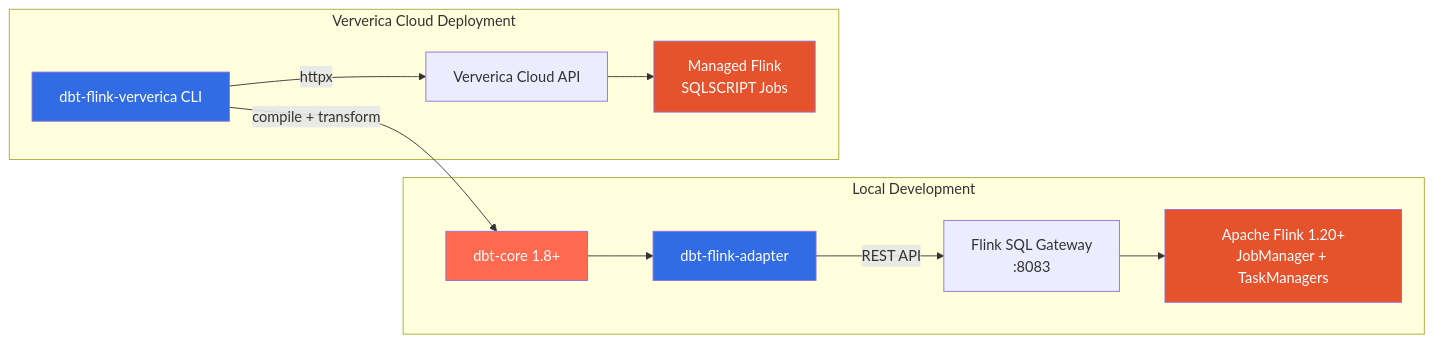
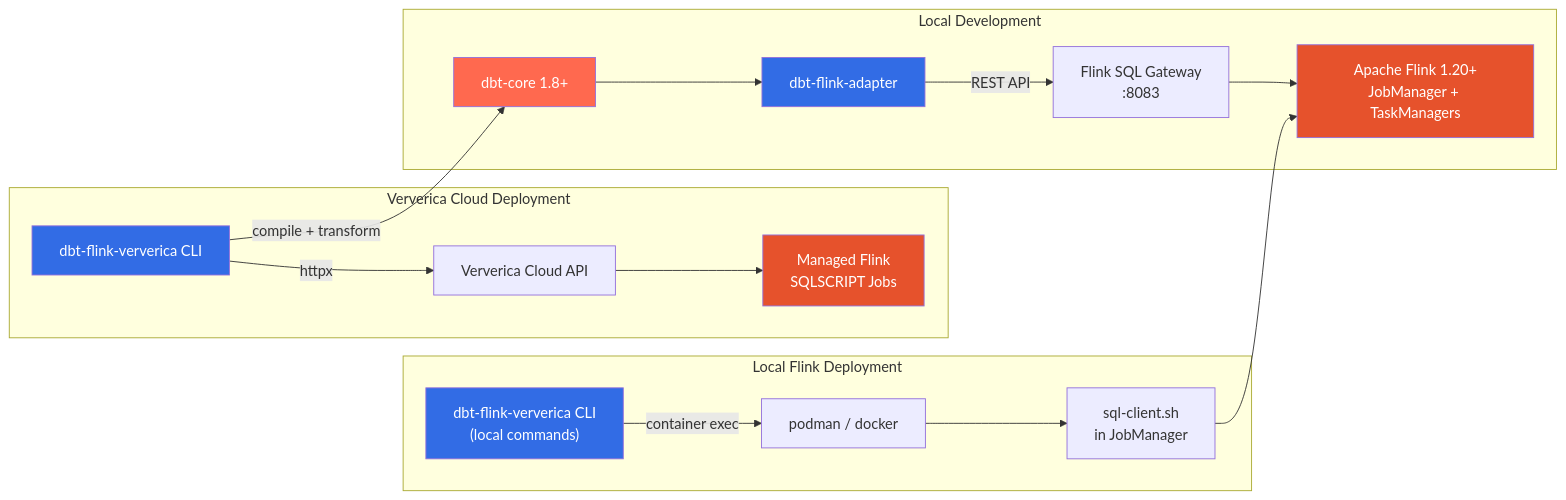
The diagram in docs/index.md (Ugbot/dbt-flink-adapter), drawn with Mermaid before and after one commit. The commit also changed other lines of this file and 133 other files, not shown here.

First line of the commit message:
Migrate dbt-flink-adapter to flink-gateway library with CDC and deployment support

````diff
--- a/docs/index.md
+++ b/docs/index.md
@@ -9,27 +9,37 @@
 ```mermaid
 graph LR
     subgraph "Local Development"
         DBT["dbt-core 1.8+"]
         ADAPTER["dbt-flink-adapter"]
         GW["Flink SQL Gateway<br/>:8083"]
         FLINK["Apache Flink 1.20+<br/>JobManager + TaskManagers"]
         DBT --> ADAPTER
         ADAPTER -->|REST API| GW
         GW --> FLINK
     end
 
     subgraph "Ververica Cloud Deployment"
         CLI["dbt-flink-ververica CLI"]
         API["Ververica Cloud API"]
         MANAGED["Managed Flink<br/>SQLSCRIPT Jobs"]
         CLI -->|compile + transform| DBT
         CLI -->|httpx| API
         API --> MANAGED
     end
 
+    subgraph "Local Flink Deployment"
+        OSSCLI["dbt-flink-ververica CLI<br/>(local commands)"]
+        CONTAINER["podman / docker"]
+        SQLCLI["sql-client.sh<br/>in JobManager"]
+        OSSCLI -->|container exec| CONTAINER
+        CONTAINER --> SQLCLI
+        SQLCLI --> FLINK
+    end
+
     style DBT fill:#ff694f,color:#fff
     style ADAPTER fill:#326ce5,color:#fff
     style CLI fill:#326ce5,color:#fff
+    style OSSCLI fill:#326ce5,color:#fff
     style FLINK fill:#e6522c,color:#fff
     style MANAGED fill:#e6522c,color:#fff
 ```
````
